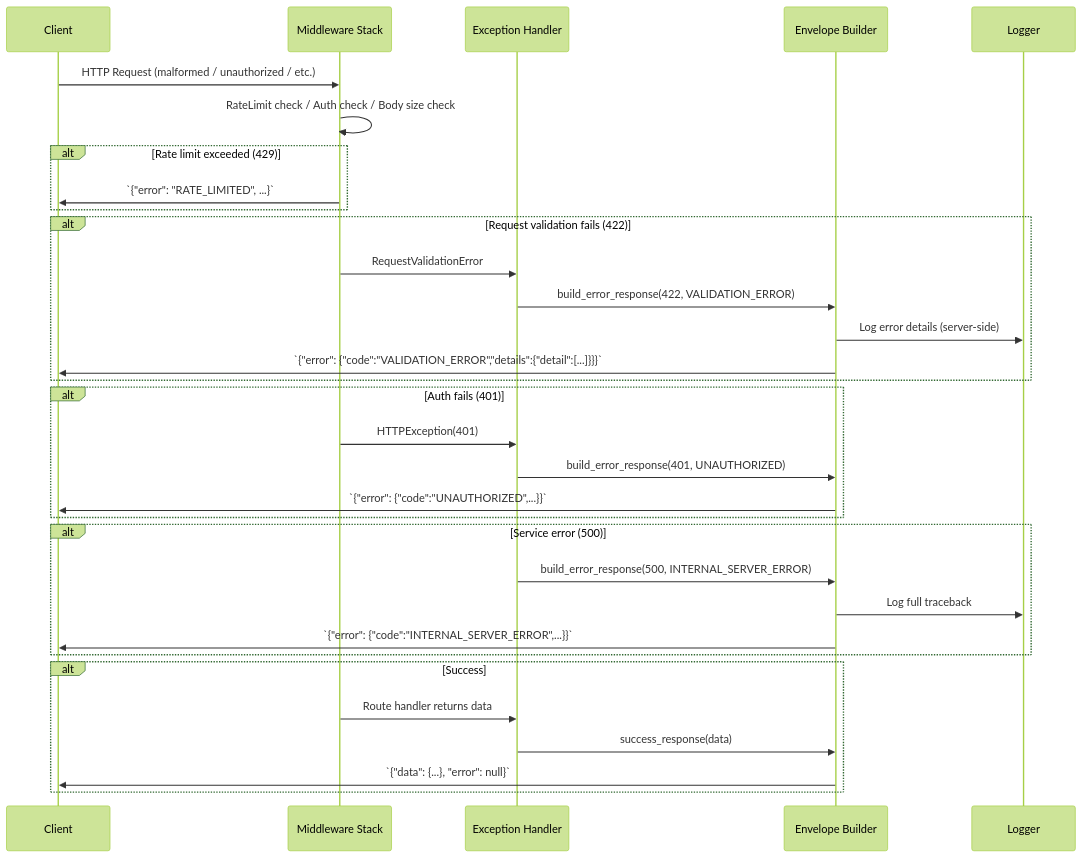
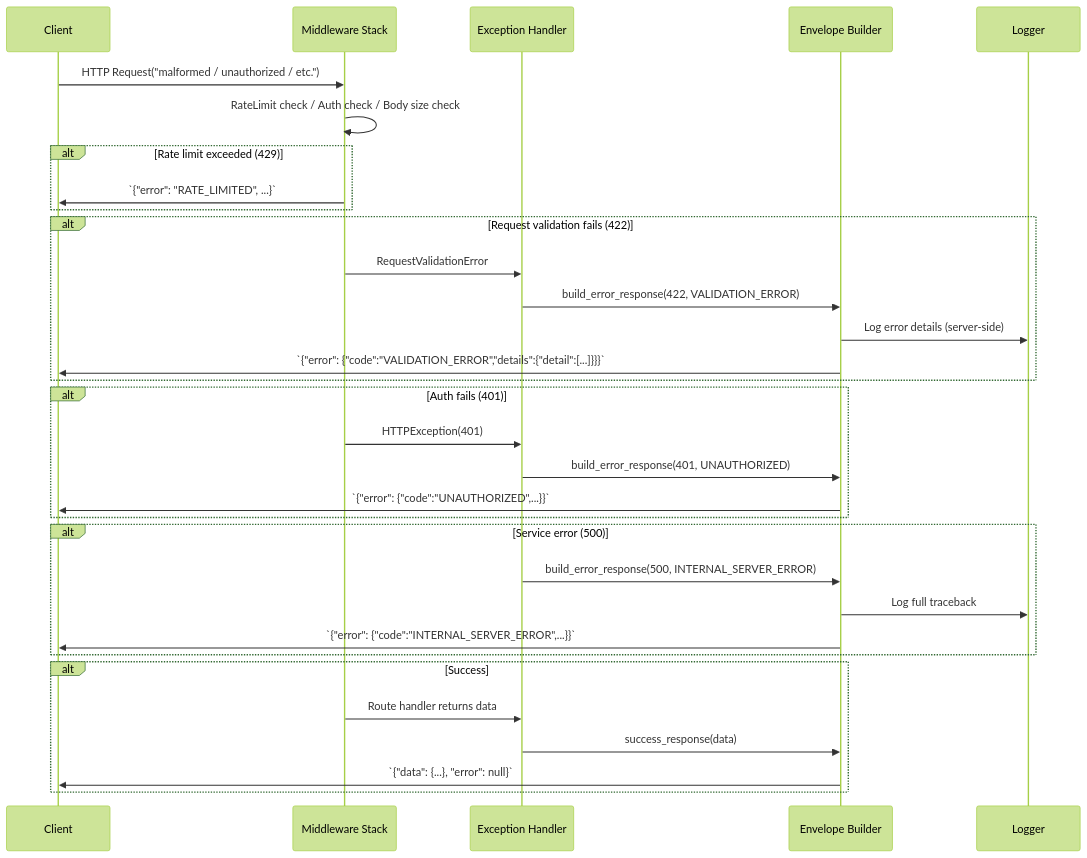
Before and after one commit to rohitkumarnaidu/ScholarFormAI: the diagram in docs/ERROR_HANDLING.md, drawn with Mermaid (forest theme). The commit also changed 73 other files, not shown here.

First line of the commit message:
docs: enterprise-level markdown upgrade with Mermaid diagrams

````diff
--- a/docs/ERROR_HANDLING.md
+++ b/docs/ERROR_HANDLING.md
@@ -638,40 +638,40 @@
 ```mermaid
 sequenceDiagram
     participant Client
     participant MW as Middleware Stack
     participant Handler as Exception Handler
     participant Envelope as Envelope Builder
     participant Logger
 
-    Client->>MW: HTTP Request (malformed / unauthorized / etc.)
+    Client->>MW: HTTP Request("malformed / unauthorized / etc.")
     MW->>MW: RateLimit check / Auth check / Body size check
 
     alt Rate limit exceeded (429)
         MW->>Client: `{"error": "RATE_LIMITED", ...}`
     end
 
     alt Request validation fails (422)
         MW->>Handler: RequestValidationError
         Handler->>Envelope: build_error_response(422, VALIDATION_ERROR)
         Envelope->>Logger: Log error details (server-side)
         Envelope->>Client: `{"error": {"code":"VALIDATION_ERROR","details":{"detail":[...]}}}`
     end
 
     alt Auth fails (401)
         MW->>Handler: HTTPException(401)
         Handler->>Envelope: build_error_response(401, UNAUTHORIZED)
         Envelope->>Client: `{"error": {"code":"UNAUTHORIZED",...}}`
     end
 
     alt Service error (500)
         Handler->>Envelope: build_error_response(500, INTERNAL_SERVER_ERROR)
         Envelope->>Logger: Log full traceback
         Envelope->>Client: `{"error": {"code":"INTERNAL_SERVER_ERROR",...}}`
     end
 
     alt Success
         MW->>Handler: Route handler returns data
         Handler->>Envelope: success_response(data)
         Envelope->>Client: `{"data": {...}, "error": null}`
     end
 ```
````
